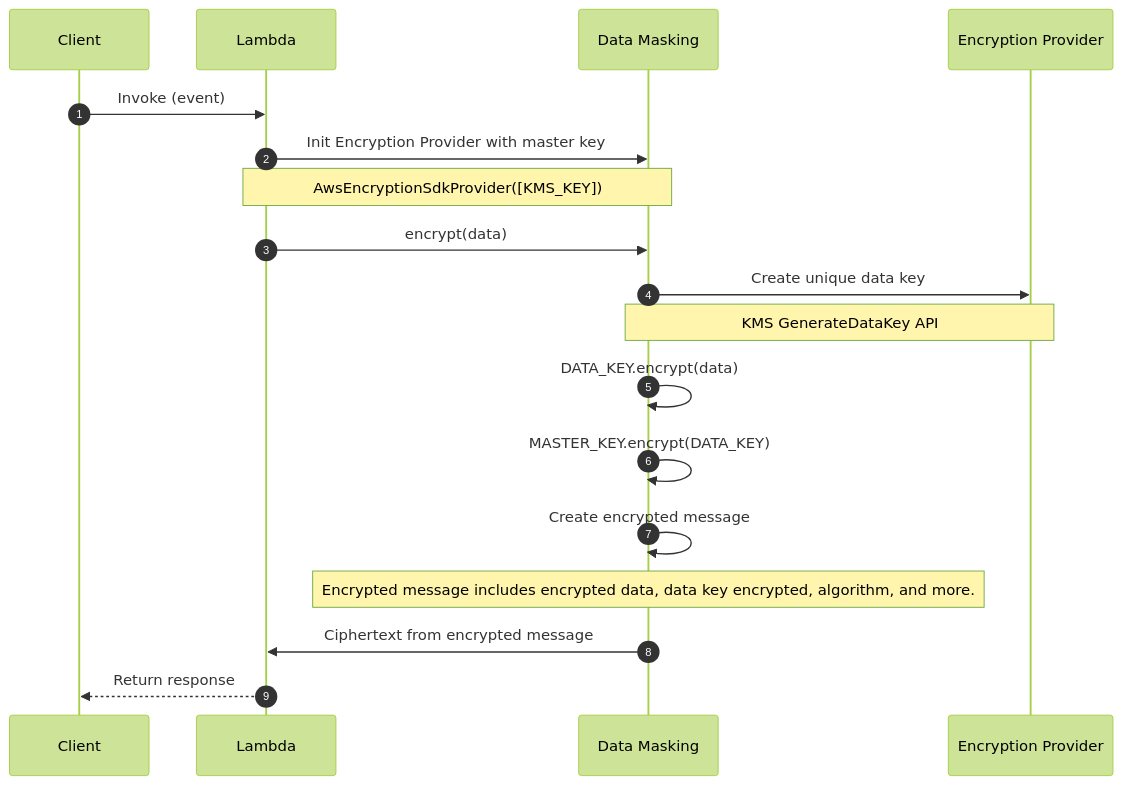
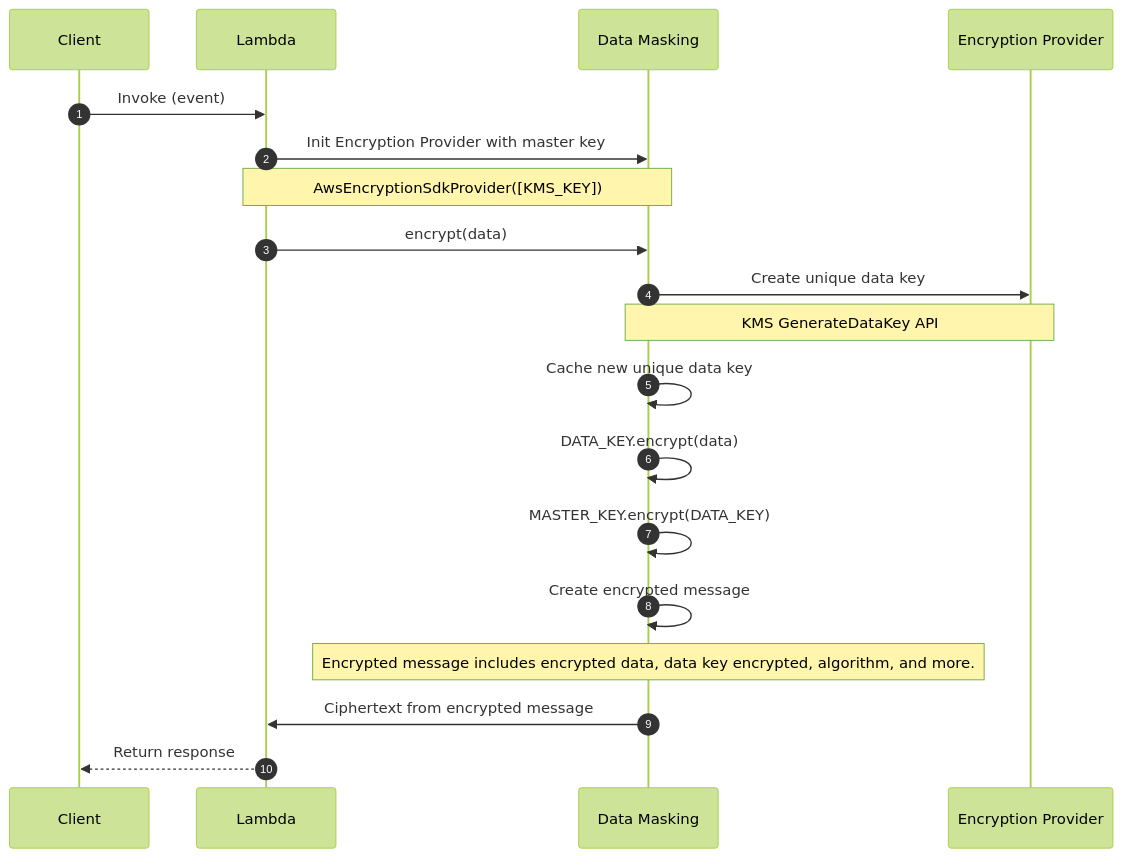
One commit to aws-powertools/powertools-lambda-python changed the third of 4 diagrams in docs/utilities/data_masking.md. Above: the diagram before and after it, drawn with Mermaid (forest theme). The commit also changed other lines of this file, not shown here.

````diff
--- a/docs/utilities/data_masking.md
+++ b/docs/utilities/data_masking.md
@@ -217,20 +217,21 @@
 ```mermaid
 sequenceDiagram
     autonumber
     participant Client
     participant Lambda
     participant DataMasking as Data Masking
     participant EncryptionProvider as Encryption Provider
     Client->>Lambda: Invoke (event)
     Lambda->>DataMasking: Init Encryption Provider with master key
     Note over Lambda,DataMasking: AwsEncryptionSdkProvider([KMS_KEY])
     Lambda->>DataMasking: encrypt(data)
     DataMasking->>EncryptionProvider: Create unique data key
     Note over DataMasking,EncryptionProvider: KMS GenerateDataKey API
+    DataMasking->>DataMasking: Cache new unique data key
     DataMasking->>DataMasking: DATA_KEY.encrypt(data)
     DataMasking->>DataMasking: MASTER_KEY.encrypt(DATA_KEY)
     DataMasking->>DataMasking: Create encrypted message
     Note over DataMasking: Encrypted message includes encrypted data, data key encrypted, algorithm, and more.
     DataMasking->>Lambda: Ciphertext from encrypted message
     Lambda-->>Client: Return response
 ```
````
